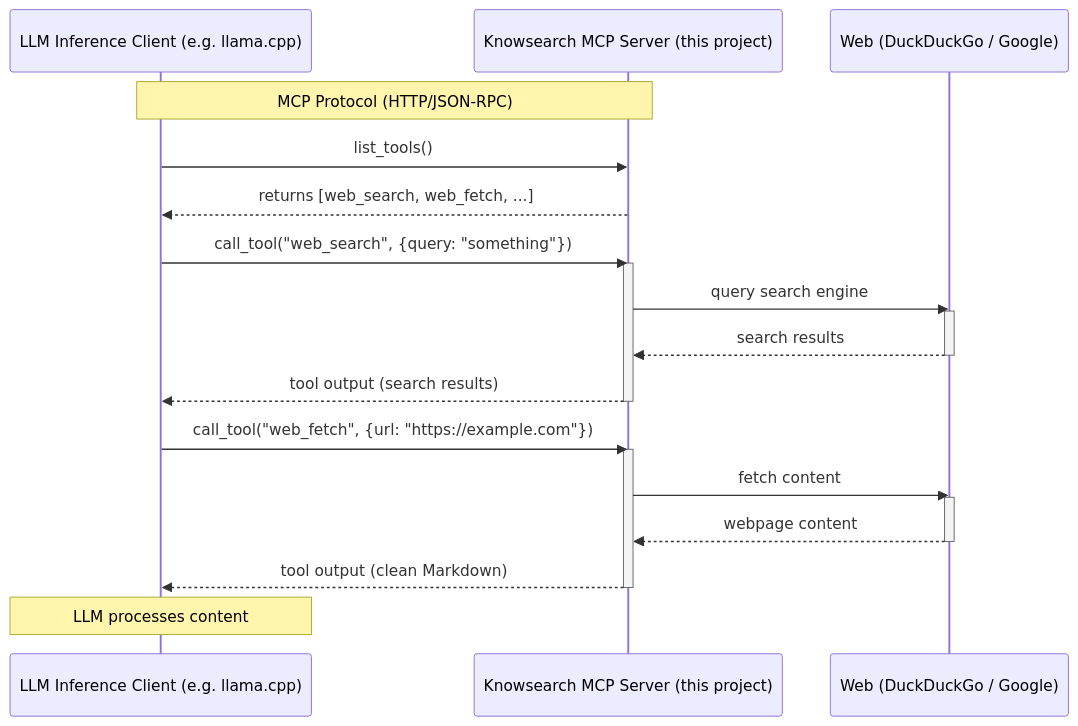
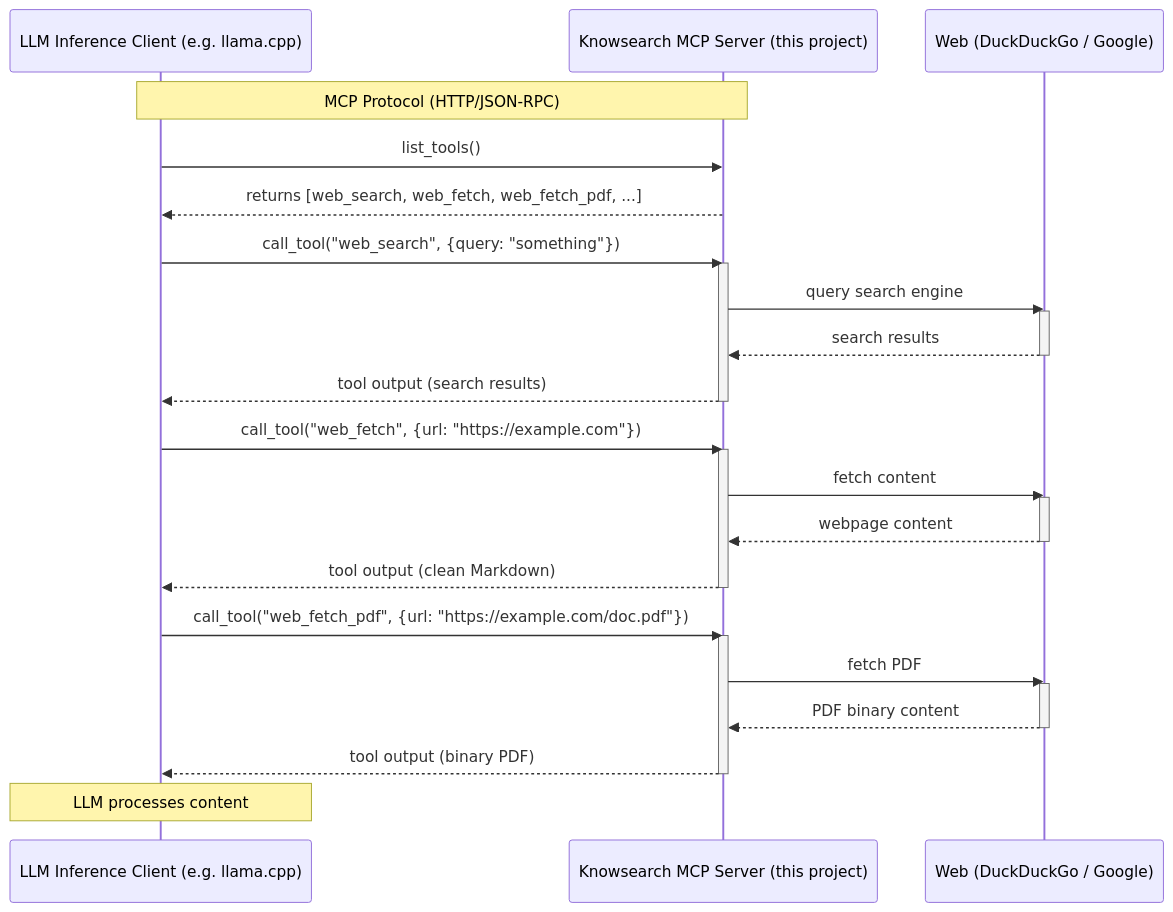
The diagram in README.md (anfe67/BasicMCPServer), drawn with Mermaid before and after one commit. The commit also changed other lines of this file and 4 other files, not shown here.

Commit message:
Add web_fetch_pdf tool with specific exception handling and comprehensive test documentation

````diff
--- a/README.md
+++ b/README.md
@@ -3,31 +3,40 @@
 ```mermaid
 sequenceDiagram
     participant Client as LLM Inference Client (e.g. llama.cpp)
     participant MCP as Knowsearch MCP Server (this project)
     participant Web as Web (DuckDuckGo / Google)
 
     Note over Client, MCP: MCP Protocol (HTTP/JSON-RPC)
 
     Client->>MCP: list_tools()
-    MCP-->>Client: returns [web_search, web_fetch, ...]
+    MCP-->>Client: returns [web_search, web_fetch, web_fetch_pdf, ...]
 
     Client->>MCP: call_tool("web_search", {query: "something"})
     activate MCP
     MCP->>Web: query search engine
     activate Web
     Web-->>MCP: search results
     deactivate Web
     MCP-->>Client: tool output (search results)
     deactivate MCP
 
     Client->>MCP: call_tool("web_fetch", {url: "https://example.com"})
     activate MCP
     MCP->>Web: fetch content
     activate Web
     Web-->>MCP: webpage content
     deactivate Web
     MCP-->>Client: tool output (clean Markdown)
     deactivate MCP
 
+    Client->>MCP: call_tool("web_fetch_pdf", {url: "https://example.com/doc.pdf"})
+    activate MCP
+    MCP->>Web: fetch PDF
+    activate Web
+    Web-->>MCP: PDF binary content
+    deactivate Web
+    MCP-->>Client: tool output (binary PDF)
+    deactivate MCP
+
     Note over Client: LLM processes content
 ```
````
